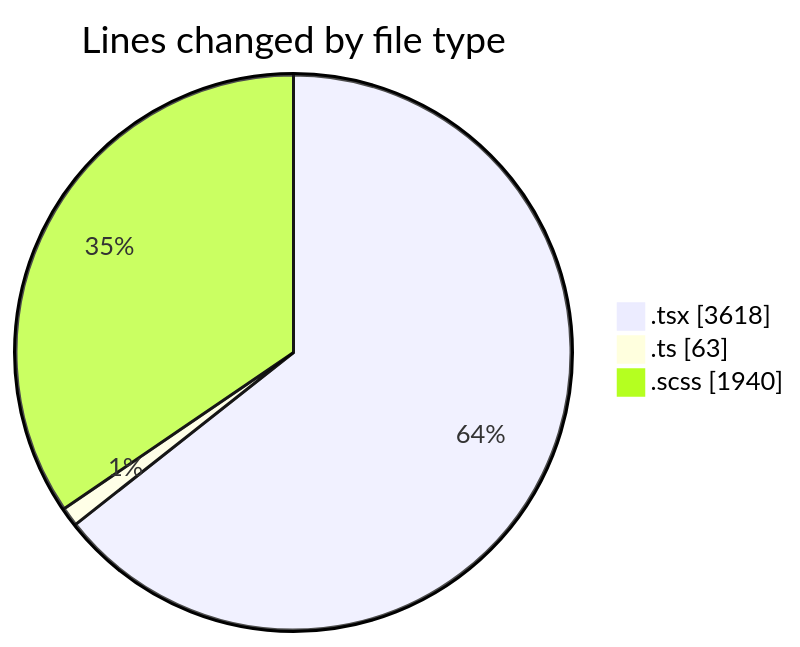
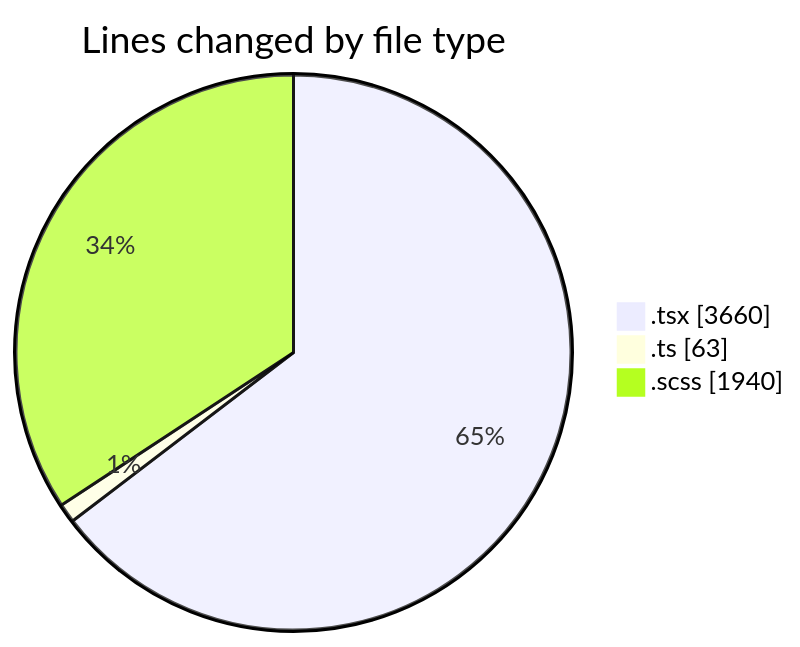
One commit to momahboobian/code-tracking changed the first of 2 diagrams in 2025-04-02/cda/README.md. Above: the diagram before and after it, drawn with Mermaid. The commit also changed other lines of this file and 1 other file, not shown here.

````diff
--- a/2025-04-02/cda/README.md
+++ b/2025-04-02/cda/README.md
@@ -30,7 +30,7 @@
 ```mermaid
 pie showData
 title Lines changed by file type
-".tsx" : 3618
+".tsx" : 3660
 ".ts" : 63
 ".scss" : 1940
 ```
````
